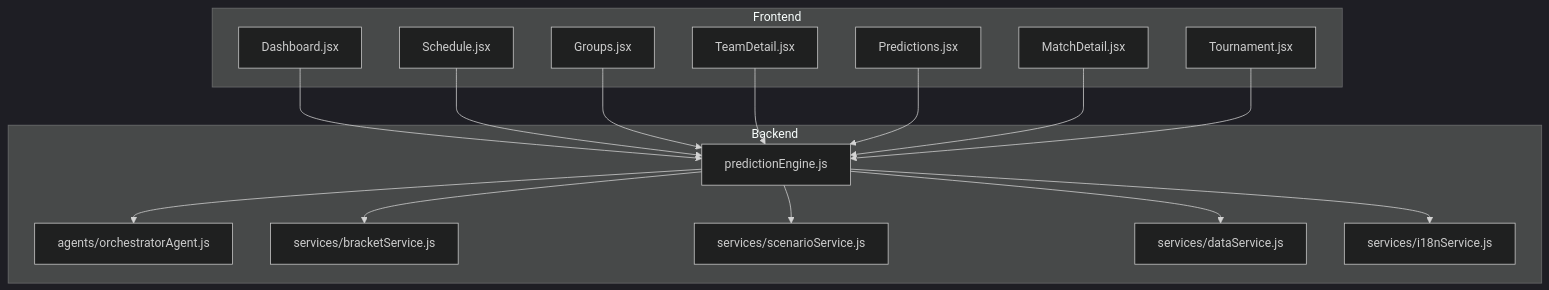
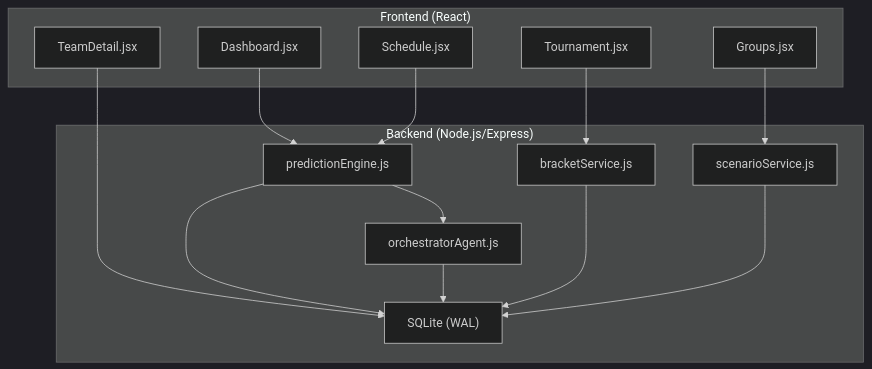
The first of 10 diagrams in .qoder/repowiki/en/content/Project Overview/Key Features.md (cheesiong/WC26-qwen), drawn with Mermaid (dark theme) before and after one commit. The commit also changed other lines of this file and 181 other files, not shown here.

````diff
--- a/.qoder/repowiki/en/content/Project Overview/Key Features.md
+++ b/.qoder/repowiki/en/content/Project Overview/Key Features.md
@@ -40,32 +43,27 @@
 ```mermaid
 graph TB
-subgraph "Backend"
-A["predictionEngine.js"]
-B["agents/orchestratorAgent.js"]
-C["services/bracketService.js"]
-D["services/scenarioService.js"]
-E["services/dataService.js"]
-F["services/i18nService.js"]
+subgraph "Frontend (React)"
+D["Dashboard.jsx"]
+S["Schedule.jsx"]
+G["Groups.jsx"]
+T["Tournament.jsx"]
+TD["TeamDetail.jsx"]
 end
-subgraph "Frontend"
-G["Dashboard.jsx"]
-H["Schedule.jsx"]
-I["Groups.jsx"]
-J["TeamDetail.jsx"]
-K["Predictions.jsx"]
-L["MatchDetail.jsx"]
-M["Tournament.jsx"]
+subgraph "Backend (Node.js/Express)"
+PE["predictionEngine.js"]
+OA["orchestratorAgent.js"]
+BS["bracketService.js"]
+SS["scenarioService.js"]
+DB["SQLite (WAL)"]
 end
-A --> B
-A --> C
-A --> D
-A --> E
-A --> F
-G --> A
-H --> A
-I --> A
-J --> A
-K --> A
-L --> A
-M --> A
+D --> PE
+S --> PE
+G --> SS
+T --> BS
+TD --> DB
+PE --> OA
+PE --> DB
+OA --> DB
+BS --> DB
+SS --> DB
 ```
````
